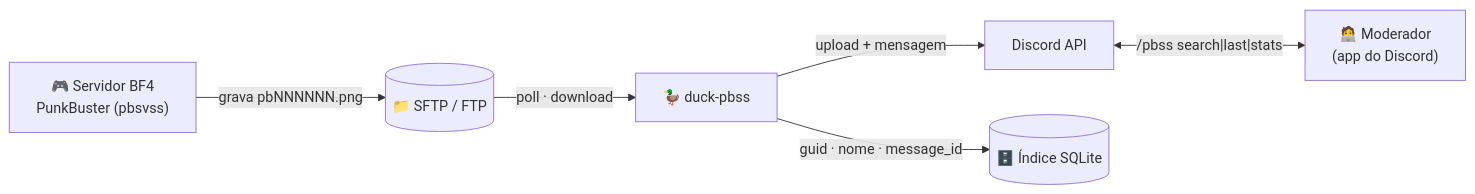
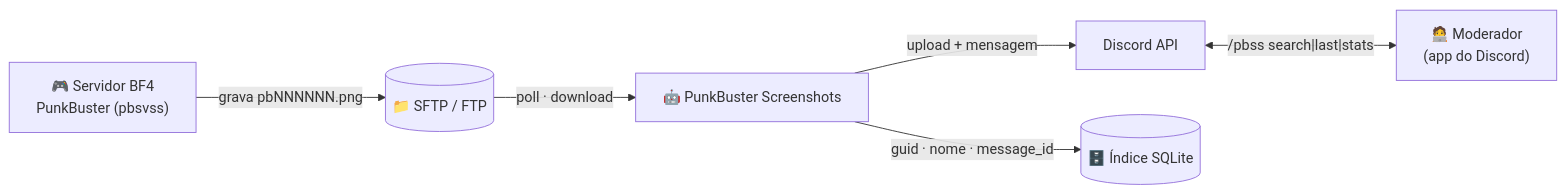
Before and after one commit to the-eduardo/PunkBuster-Screenshots: the first of 3 diagrams in README.pt-BR.md, drawn with Mermaid. The commit also changed other lines of this file and 2 other files, not shown here.

First line of the commit message:
docs: documenta SFTP_HOST_KEY e a verificacao da chave do host

````diff
--- a/README.pt-BR.md
+++ b/README.pt-BR.md
@@ -66,8 +66,8 @@
 ```mermaid
 flowchart LR
     PB["🎮 Servidor BF4<br/>PunkBuster (pbsvss)"] -->|"grava pbNNNNNN.png"| SFTP[("📁 SFTP / FTP")]
-    SFTP -->|"poll · download"| BOT["🦆 duck-pbss"]
+    SFTP -->|"poll · download"| BOT["🤖 PunkBuster Screenshots"]
     BOT -->|"upload + mensagem"| DISCORD["Discord API"]
     DISCORD <-->|"/pbss search|last|stats"| U["🧑‍💻 Moderador<br/>(app do Discord)"]
     BOT -->|"guid · nome · message_id"| DB[("🗄️ Índice SQLite")]
 ```
````
